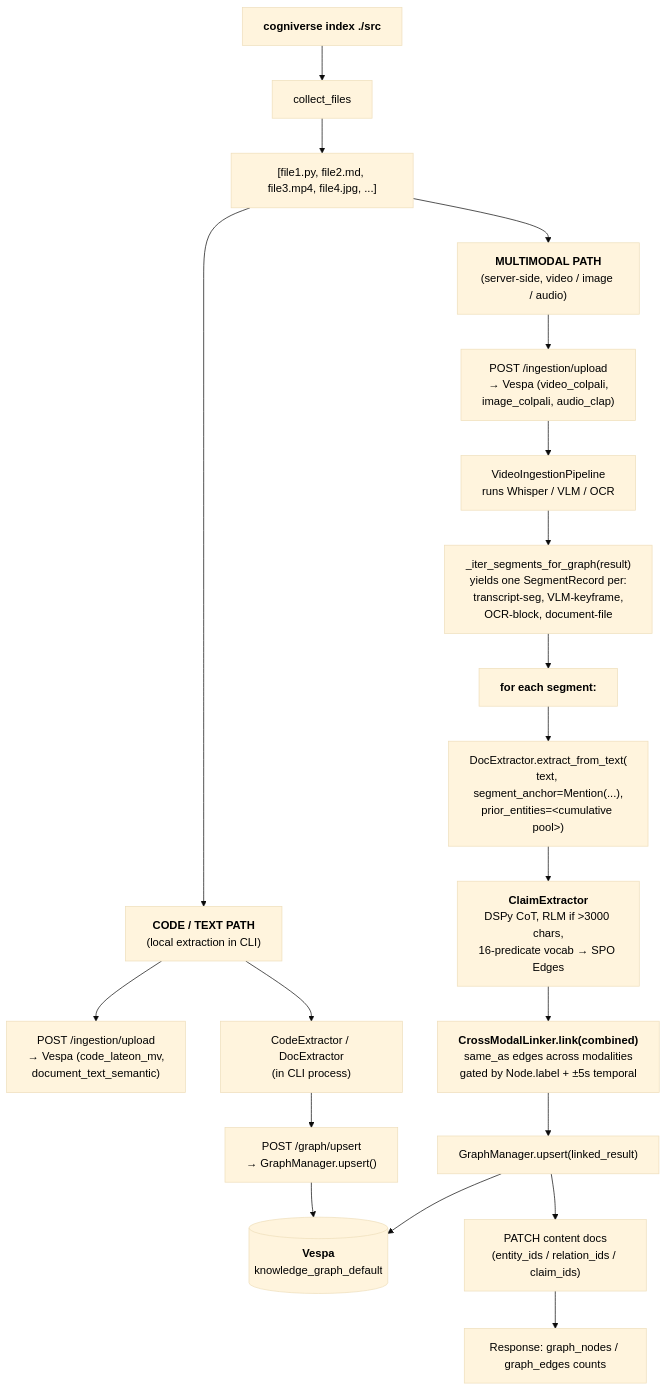
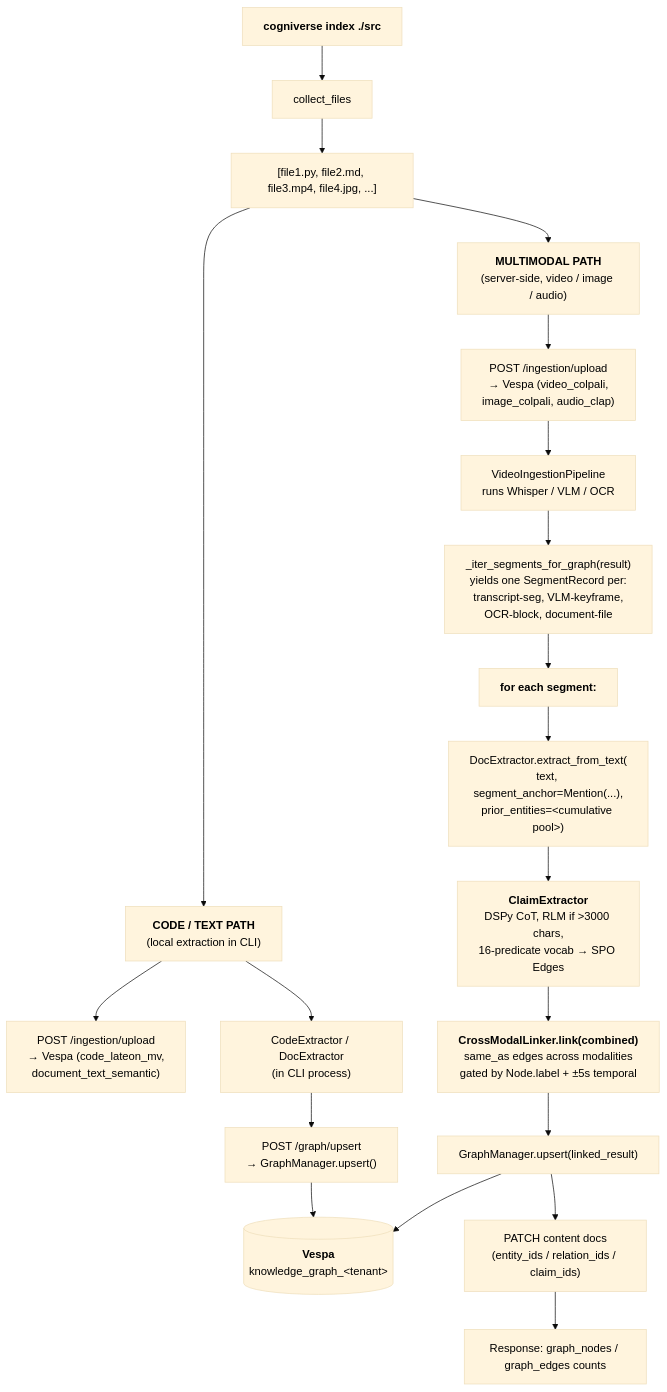
One commit to amit-jain/cogniverse changed the diagram in docs/user/knowledge-graph.md. Above: the diagram before and after it, drawn with Mermaid (base theme). The commit also changed other lines of this file and 50 other files, not shown here.

````diff
--- a/docs/user/knowledge-graph.md
+++ b/docs/user/knowledge-graph.md
@@ -316,25 +324,25 @@
 ```mermaid
 flowchart TD
     CLI["<span style='color:#000'><b>cogniverse index ./src</b></span>"] --> Collect["<span style='color:#000'>collect_files</span>"]
     Collect --> Files["<span style='color:#000'>[file1.py, file2.md, file3.mp4, file4.jpg, ...]</span>"]
 
     Files --> CodePath["<span style='color:#000'><b>CODE / TEXT PATH</b><br/>(local extraction in CLI)</span>"]
     Files --> MultiPath["<span style='color:#000'><b>MULTIMODAL PATH</b><br/>(server-side, video / image / audio)</span>"]
 
     CodePath --> CodeContent["<span style='color:#000'>POST /ingestion/upload<br/>→ Vespa (code_lateon_mv,<br/>document_text_semantic)</span>"]
     CodePath --> LocalExtract["<span style='color:#000'>CodeExtractor / DocExtractor<br/>(in CLI process)</span>"]
     LocalExtract --> LocalUpsert["<span style='color:#000'>POST /graph/upsert<br/>→ GraphManager.upsert()</span>"]
-    LocalUpsert --> Vespa[("<span style='color:#000'><b>Vespa</b><br/>knowledge_graph_default</span>")]
+    LocalUpsert --> Vespa[("<span style='color:#000'><b>Vespa</b><br/>knowledge_graph_&lt;tenant&gt;</span>")]
 
     MultiPath --> MultiContent["<span style='color:#000'>POST /ingestion/upload<br/>→ Vespa (video_colpali,<br/>image_colpali, audio_clap)</span>"]
     MultiContent --> Pipeline["<span style='color:#000'>VideoIngestionPipeline<br/>runs Whisper / VLM / OCR</span>"]
     Pipeline --> Iter["<span style='color:#000'>_iter_segments_for_graph(result)<br/>yields one SegmentRecord per:<br/>transcript-seg, VLM-keyframe,<br/>OCR-block, document-file</span>"]
     Iter --> PerSegLoop["<span style='color:#000'><b>for each segment:</b></span>"]
     PerSegLoop --> DocExtract["<span style='color:#000'>DocExtractor.extract_from_text(<br/>text, segment_anchor=Mention(...),<br/>prior_entities=&lt;cumulative pool&gt;)</span>"]
     DocExtract --> Claim["<span style='color:#000'><b>ClaimExtractor</b><br/>DSPy CoT, RLM if &gt;3000 chars,<br/>16-predicate vocab → SPO Edges</span>"]
     Claim --> CrossModal["<span style='color:#000'><b>CrossModalLinker.link(combined)</b><br/>same_as edges across modalities<br/>gated by Node.label + ±5s temporal</span>"]
     CrossModal --> MultiUpsert["<span style='color:#000'>GraphManager.upsert(linked_result)</span>"]
     MultiUpsert --> Vespa
     MultiUpsert --> BackRefs["<span style='color:#000'>PATCH content docs<br/>(entity_ids / relation_ids / claim_ids)</span>"]
     BackRefs --> Response["<span style='color:#000'>Response: graph_nodes / graph_edges counts</span>"]
 ```
````
